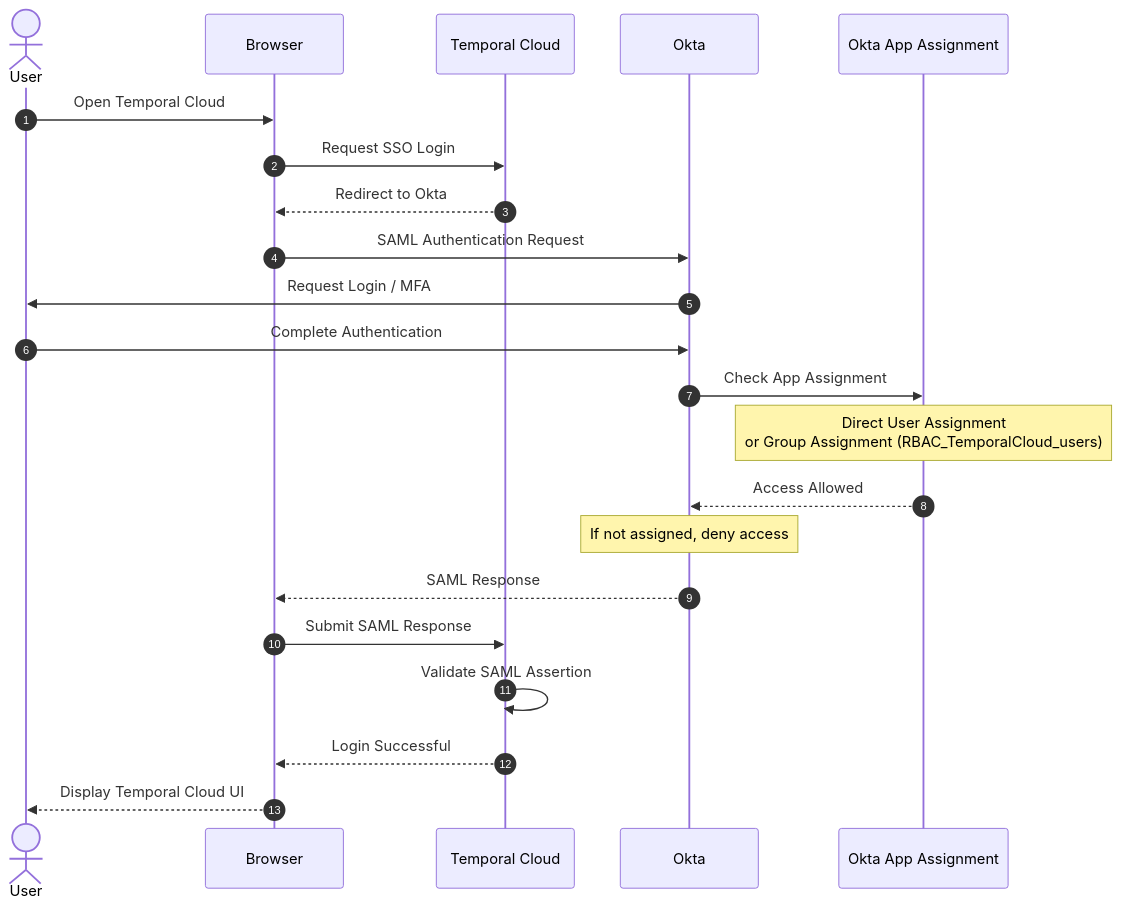
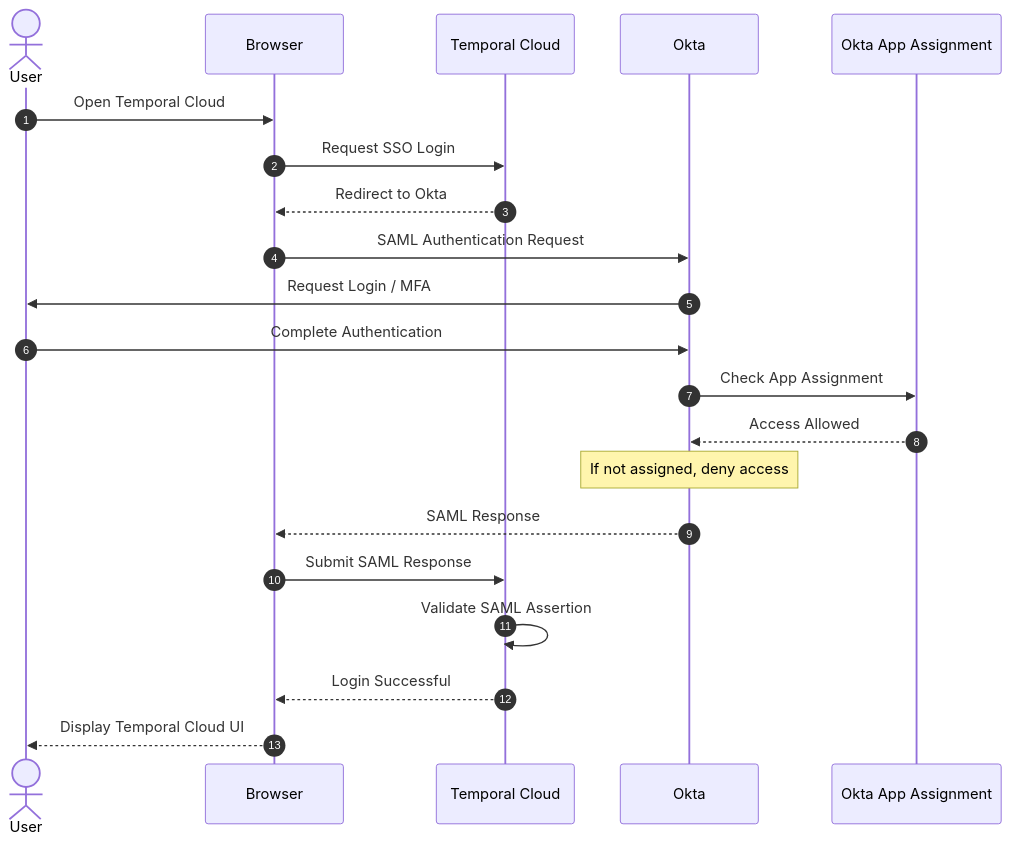
Before and after one commit to db-storage/public_draft: the diagram in basics of okta auth.md, drawn with Mermaid. The commit also changed other lines of this file, not shown here.

````diff
--- a/basics of okta auth.md
+++ b/basics of okta auth.md
@@ -18,29 +17,27 @@
 ```mermaid
 sequenceDiagram
     autonumber
     actor U as User
     participant B as Browser
     participant T as Temporal Cloud
     participant O as Okta
     participant A as Okta App Assignment
 
     U->>B: Open Temporal Cloud
     B->>T: Request SSO Login
     T-->>B: Redirect to Okta
     B->>O: SAML Authentication Request
 
     O->>U: Request Login / MFA
     U->>O: Complete Authentication
 
     O->>A: Check App Assignment
-    Note over A: Direct User Assignment<br/>or Group Assignment (RBAC_TemporalCloud_users)
     A-->>O: Access Allowed
-
     Note over O: If not assigned, deny access
 
     O-->>B: SAML Response
     B->>T: Submit SAML Response
     T->>T: Validate SAML Assertion
     T-->>B: Login Successful
     B-->>U: Display Temporal Cloud UI
 ```
````
